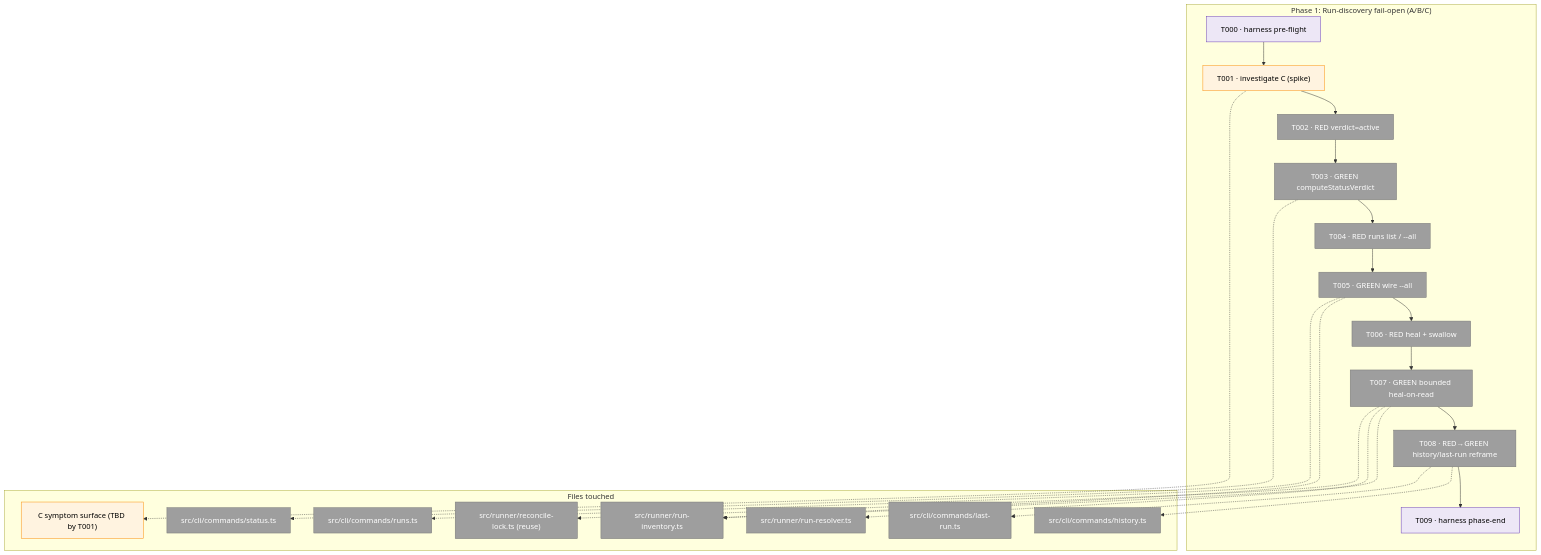
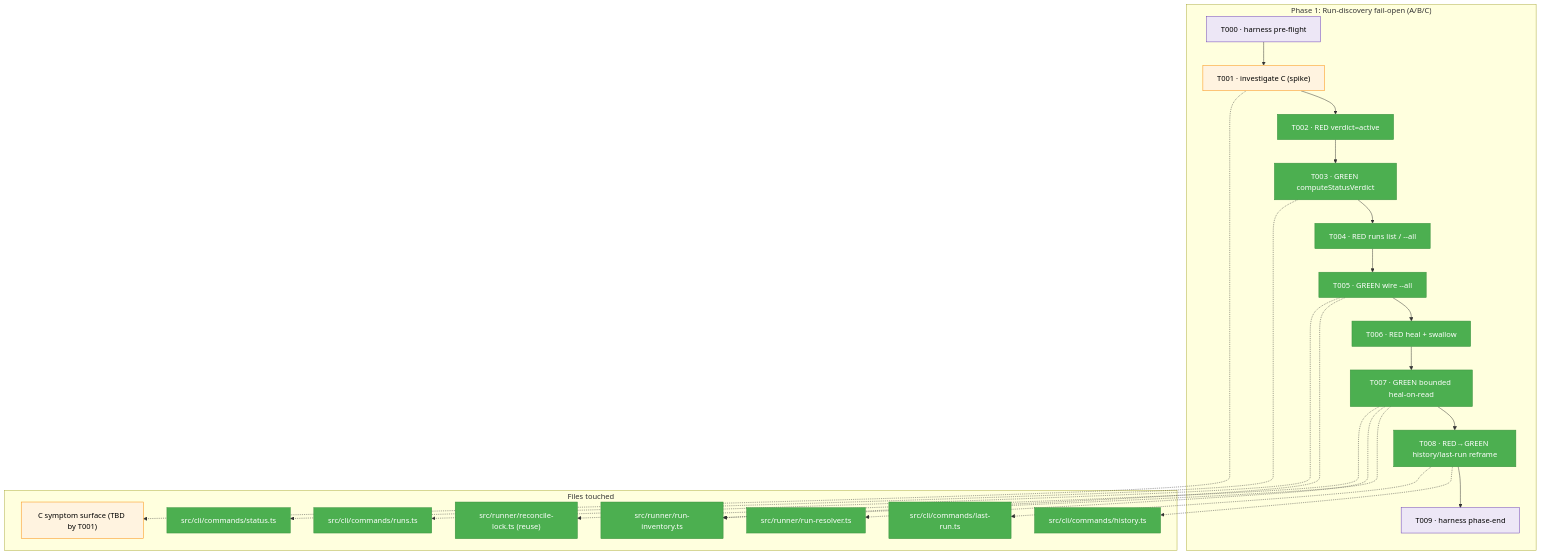
One commit to AI-Substrate/minih changed the first of 3 diagrams in docs/plans/028-companion-mode-reliability/tasks/phase-1-run-discovery-fail-open-a-b-c/tasks.md. Above: the diagram before and after it, drawn with Mermaid. The commit also changed other lines of this file and 4 other files, not shown here.

First line of the commit message:
test(runner): defect C — lock resolveAgent↔listAgents parity; Phase 1 complete (T008)

````diff
--- a/docs/plans/028-companion-mode-reliability/tasks/phase-1-run-discovery-fail-open-a-b-c/tasks.md
+++ b/docs/plans/028-companion-mode-reliability/tasks/phase-1-run-discovery-fail-open-a-b-c/tasks.md
@@ -65,43 +65,43 @@
 ```mermaid
 flowchart TD
     classDef pending   fill:#9E9E9E,stroke:#757575,color:#fff
     classDef completed fill:#4CAF50,stroke:#388E3C,color:#fff
     classDef seam      fill:#EDE7F6,stroke:#673AB7,color:#000
     classDef spike     fill:#FFF3E0,stroke:#FB8C00,color:#000
 
     subgraph Phase["Phase 1: Run-discovery fail-open (A/B/C)"]
         T000["T000 · harness pre-flight"]:::seam
         T001["T001 · investigate C (spike)"]:::spike
-        T002["T002 · RED verdict=active"]:::pending
-        T003["T003 · GREEN computeStatusVerdict"]:::pending
-        T004["T004 · RED runs list / --all"]:::pending
-        T005["T005 · GREEN wire --all"]:::pending
-        T006["T006 · RED heal + swallow"]:::pending
-        T007["T007 · GREEN bounded heal-on-read"]:::pending
-        T008["T008 · RED→GREEN history/last-run reframe"]:::pending
+        T002["T002 · RED verdict=active"]:::completed
+        T003["T003 · GREEN computeStatusVerdict"]:::completed
+        T004["T004 · RED runs list / --all"]:::completed
+        T005["T005 · GREEN wire --all"]:::completed
+        T006["T006 · RED heal + swallow"]:::completed
+        T007["T007 · GREEN bounded heal-on-read"]:::completed
+        T008["T008 · RED→GREEN history/last-run reframe"]:::completed
         T009["T009 · harness phase-end"]:::seam
 
         T000 --> T001 --> T002 --> T003 --> T004 --> T005 --> T006 --> T007 --> T008 --> T009
     end
 
     subgraph Files["Files touched"]
-        F1["src/cli/commands/status.ts"]:::pending
-        F2["src/runner/run-inventory.ts"]:::pending
-        F3["src/runner/run-resolver.ts"]:::pending
-        F4["src/runner/reconcile-lock.ts (reuse)"]:::pending
-        F5["src/cli/commands/runs.ts"]:::pending
-        F6["src/cli/commands/history.ts"]:::pending
-        F7["src/cli/commands/last-run.ts"]:::pending
+        F1["src/cli/commands/status.ts"]:::completed
+        F2["src/runner/run-inventory.ts"]:::completed
+        F3["src/runner/run-resolver.ts"]:::completed
+        F4["src/runner/reconcile-lock.ts (reuse)"]:::completed
+        F5["src/cli/commands/runs.ts"]:::completed
+        F6["src/cli/commands/history.ts"]:::completed
+        F7["src/cli/commands/last-run.ts"]:::completed
         F8["C symptom surface (TBD by T001)"]:::spike
     end
 
     T003 -.-> F1
     T005 -.-> F2
     T005 -.-> F5
     T007 -.-> F2
     T007 -.-> F3
     T007 -.-> F4
     T008 -.-> F6
     T008 -.-> F7
     T001 -.-> F8
 ```
````
